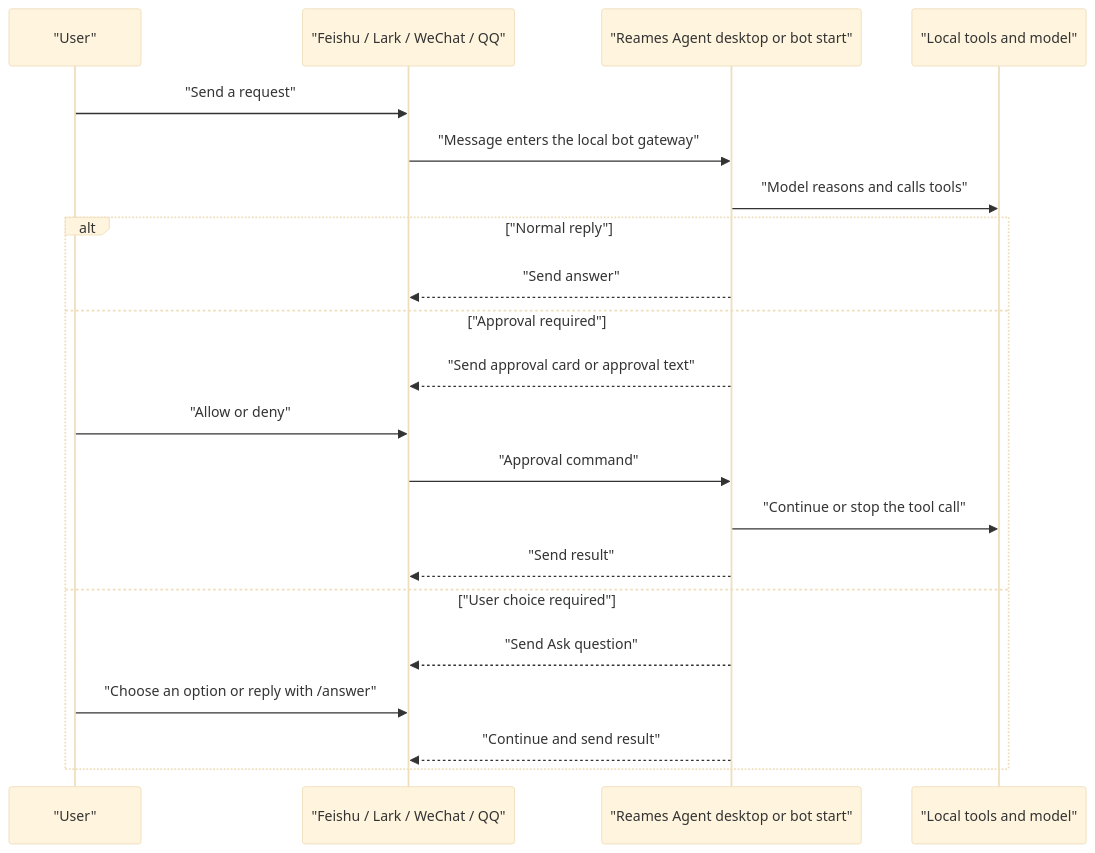
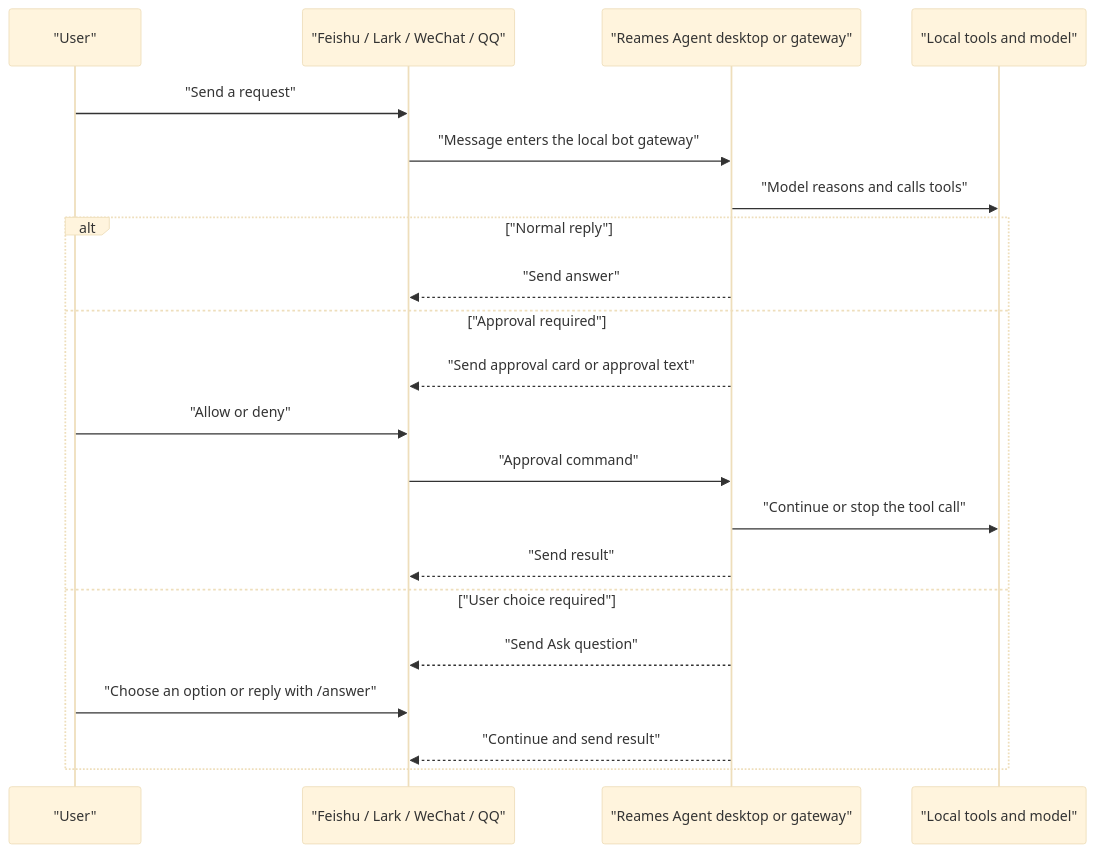
The second of 3 diagrams in docs/BOT_GUIDE.md (Ebonyhtx/reames-agent), drawn with Mermaid (base theme) before and after one commit. The commit also changed other lines of this file and 15 other files, not shown here.

````diff
--- a/docs/BOT_GUIDE.md
+++ b/docs/BOT_GUIDE.md
@@ -266,24 +268,24 @@
 ```mermaid
 sequenceDiagram
   participant U as "User"
   participant IM as "Feishu / Lark / WeChat / QQ"
-  participant R as "Reames Agent desktop or bot start"
+  participant R as "Reames Agent desktop or gateway"
   participant T as "Local tools and model"
 
   U->>IM: "Send a request"
   IM->>R: "Message enters the local bot gateway"
   R->>T: "Model reasons and calls tools"
   alt "Normal reply"
     R-->>IM: "Send answer"
   else "Approval required"
     R-->>IM: "Send approval card or approval text"
     U->>IM: "Allow or deny"
     IM->>R: "Approval command"
     R->>T: "Continue or stop the tool call"
     R-->>IM: "Send result"
   else "User choice required"
     R-->>IM: "Send Ask question"
     U->>IM: "Choose an option or reply with /answer"
     R-->>IM: "Continue and send result"
   end
 ```
````
